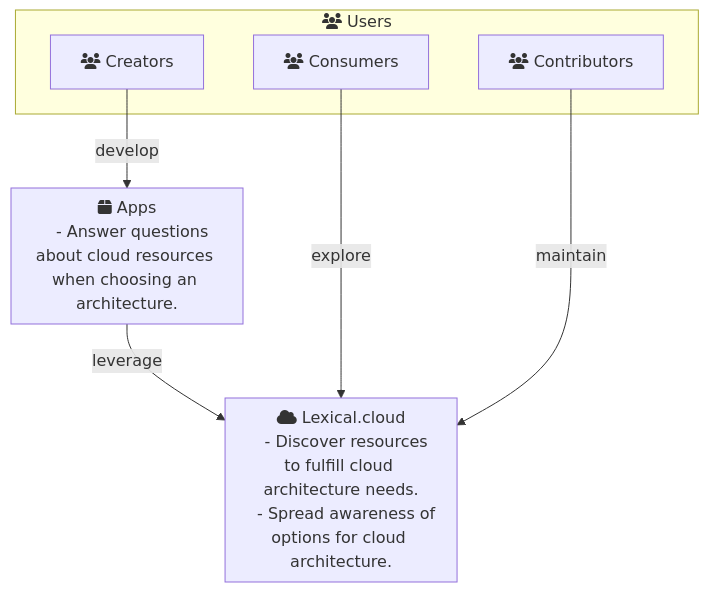
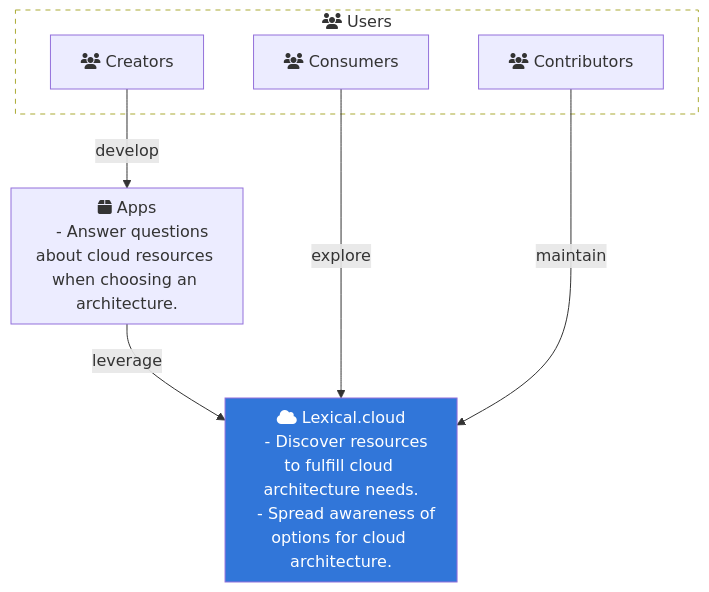
Before and after one commit to lexical-cloud/lexical-cloud-docs: the first of 12 diagrams in en/pages/project.md, drawn with Mermaid. The commit also changed other lines of this file, not shown here.

````diff
--- a/en/pages/project.md
+++ b/en/pages/project.md
@@ -37,28 +37,31 @@
 ```mermaid
 flowchart TD
 %% entities
   U1["fa:fa-users Consumers"]
   U2["fa:fa-users Contributors"]
   U3["fa:fa-users Creators"]
 %% groups
   subgraph G1["fa:fa-users Users"]
     U1
     U2
     U3    
   end
   subgraph G2["fa:fa-cloud Lexical.cloud
    - Discover resources to fulfill cloud architecture needs.
    - Spread awareness of options for cloud architecture.
   "]
   end
   subgraph G3["fa:fa-box Apps
    - Answer questions about cloud resources when choosing an architecture.
   "]
   end
 %% relationships
   U3 -->|develop| G3 -->|leverage| G2
   U1 -->|explore| G2
   U2 -->|maintain| G2
+%% styles
+  style G1 fill:white,stroke-dasharray:5;
+  classDef clickable fill:#3176d9,color:white
 %% interactions
   click G2 "#lexicalcloud"
 ```
````
